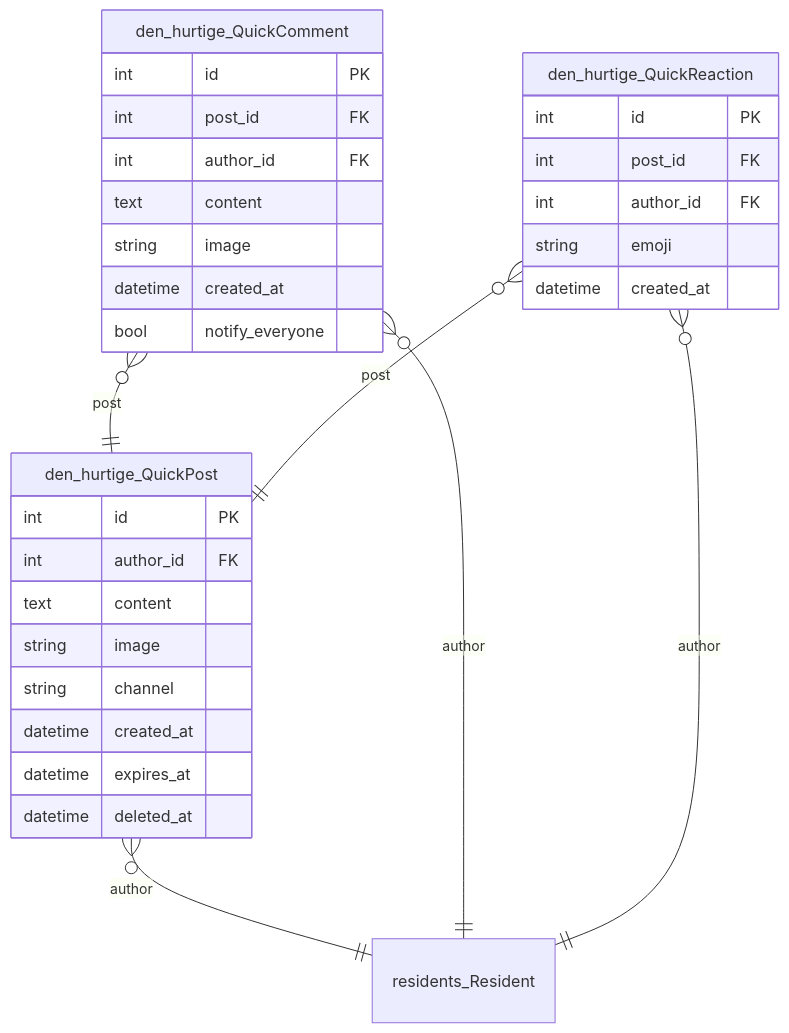
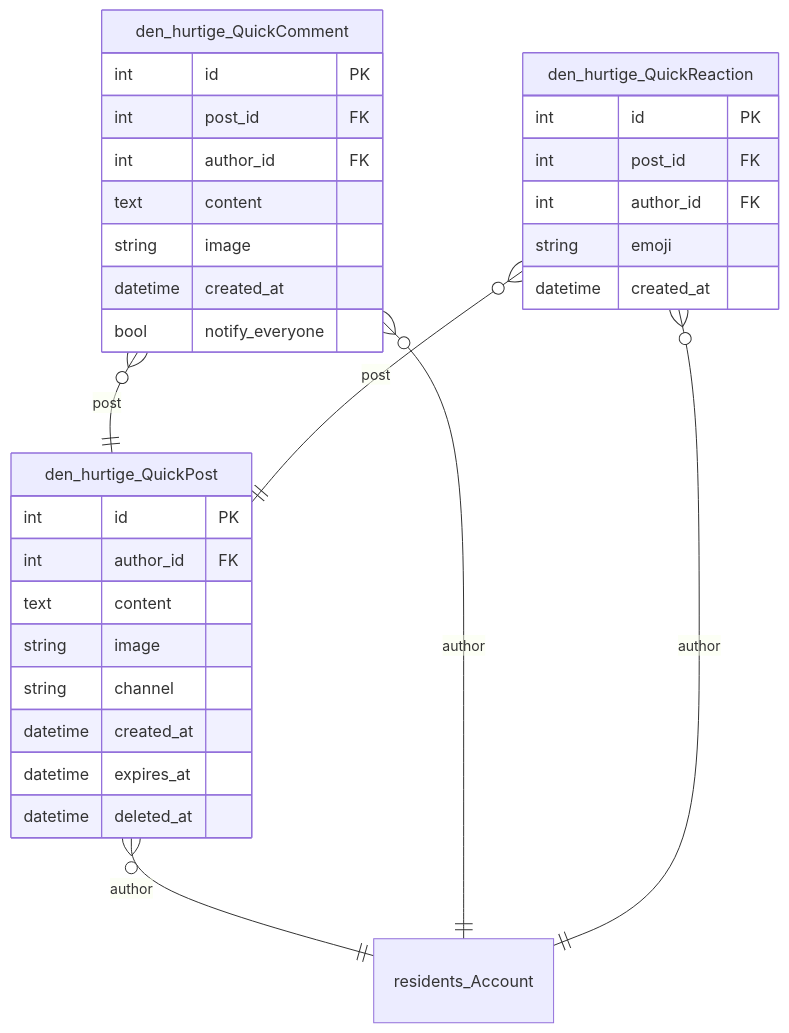
One commit to GAHK-org/gahk_intern changed the seventh of 18 diagrams in docs/erd.md. Above: the diagram before and after it, drawn with Mermaid. The commit also changed other lines of this file and 148 other files, not shown here.

````diff
--- a/docs/erd.md
+++ b/docs/erd.md
@@ -1490,39 +1504,39 @@
 ```mermaid
 erDiagram
     den_hurtige_QuickPost {
         int id PK
         int author_id FK
         text content
         string image
         string channel
         datetime created_at
         datetime expires_at
         datetime deleted_at
     }
 
     den_hurtige_QuickComment {
         int id PK
         int post_id FK
         int author_id FK
         text content
         string image
         datetime created_at
         bool notify_everyone
     }
 
     den_hurtige_QuickReaction {
         int id PK
         int post_id FK
         int author_id FK
         string emoji
         datetime created_at
     }
 
-    residents_Resident { }
+    residents_Account { }
 
-    den_hurtige_QuickPost }o--|| residents_Resident : "author"
+    den_hurtige_QuickPost }o--|| residents_Account : "author"
     den_hurtige_QuickComment }o--|| den_hurtige_QuickPost : "post"
-    den_hurtige_QuickComment }o--|| residents_Resident : "author"
+    den_hurtige_QuickComment }o--|| residents_Account : "author"
     den_hurtige_QuickReaction }o--|| den_hurtige_QuickPost : "post"
-    den_hurtige_QuickReaction }o--|| residents_Resident : "author"
+    den_hurtige_QuickReaction }o--|| residents_Account : "author"
 ```
````
